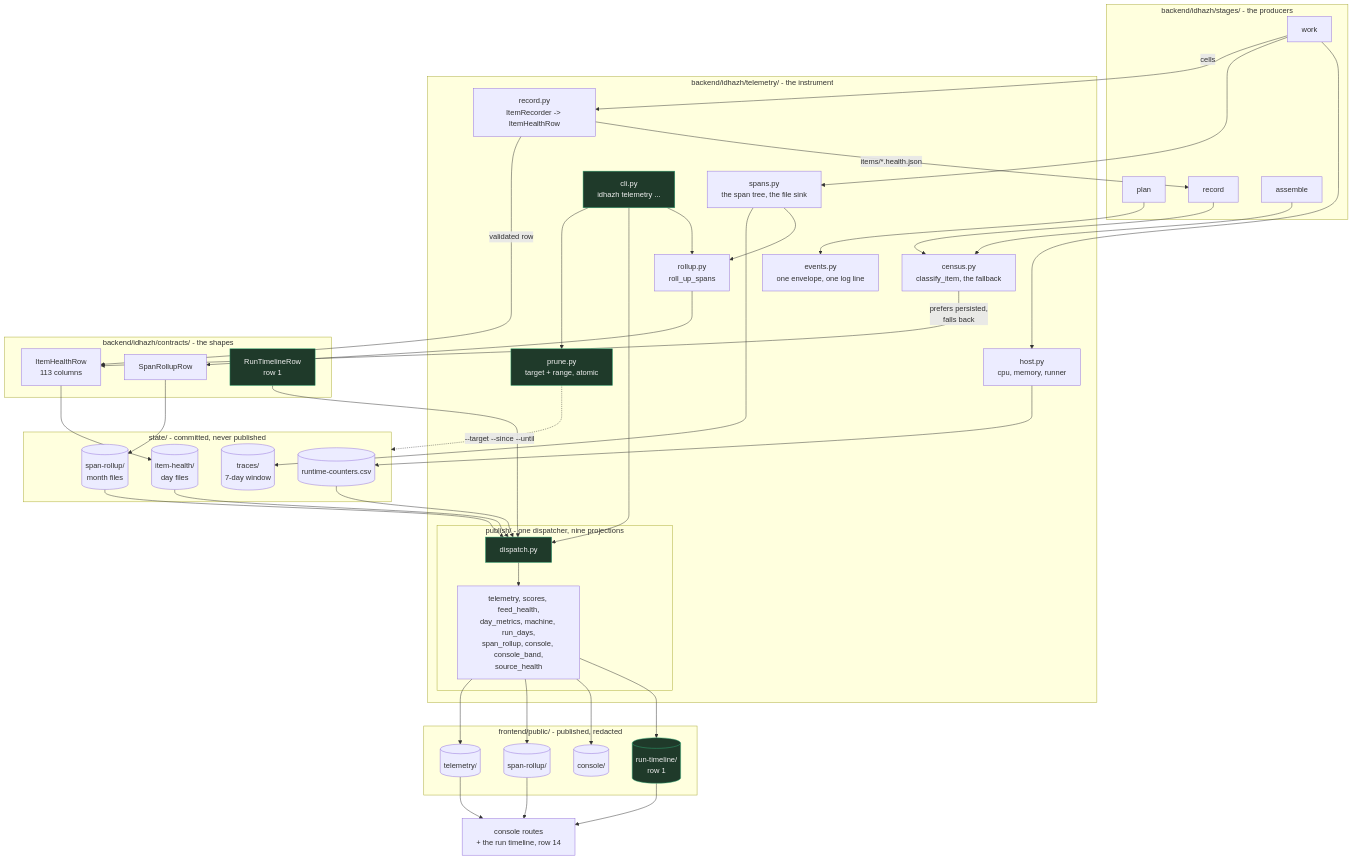
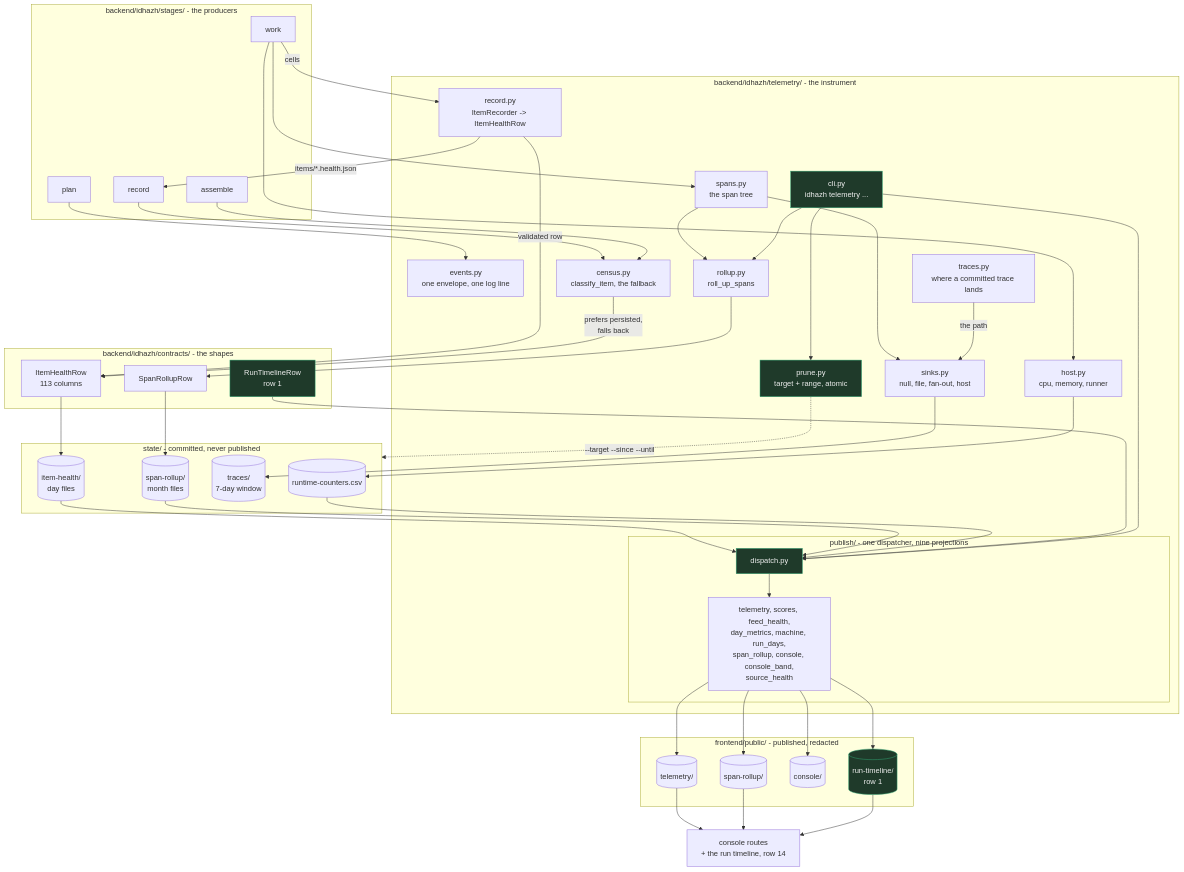
Before and after one commit to miztiik/yen-idhazh: the diagram in TODO/20260915-32-telemetry-package-plan.md, drawn with Mermaid. The commit also changed other lines of this file and 11 other files, not shown here.

````diff
--- a/TODO/20260915-32-telemetry-package-plan.md
+++ b/TODO/20260915-32-telemetry-package-plan.md
@@ -72,74 +72,78 @@
 ```mermaid
 flowchart TB
     subgraph stages["backend/idhazh/stages/ - the producers"]
         plan_s["plan"]
         work_s["work"]
         record_s["record"]
         assemble_s["assemble"]
     end
 
     subgraph tel["backend/idhazh/telemetry/ - the instrument"]
         events["events.py<br/>one envelope, one log line"]
         record_m["record.py<br/>ItemRecorder -> ItemHealthRow"]
         census["census.py<br/>classify_item, the fallback"]
-        spans["spans.py<br/>the span tree, the file sink"]
+        spans["spans.py<br/>the span tree"]
+        sinks["sinks.py<br/>null, file, fan-out, host"]
+        traces_m["traces.py<br/>where a committed trace lands"]
         rollup["rollup.py<br/>roll_up_spans"]
         host["host.py<br/>cpu, memory, runner"]
         prune_m["prune.py<br/>target + range, atomic"]
         cli_m["cli.py<br/>idhazh telemetry ..."]
         subgraph pub["publish/ - one dispatcher, nine projections"]
             dispatch["dispatch.py"]
             proj["telemetry, scores, feed_health,<br/>day_metrics, machine, run_days,<br/>span_rollup, console, console_band,<br/>source_health"]
         end
     end
 
     subgraph contracts["backend/idhazh/contracts/ - the shapes"]
         ihr["ItemHealthRow<br/>113 columns"]
         srr["SpanRollupRow"]
         rtr["RunTimelineRow<br/>row 1"]
     end
 
     subgraph state["state/ - committed, never published"]
         ih[("item-health/<br/>day files")]
         sr[("span-rollup/<br/>month files")]
         tr[("traces/<br/>7-day window")]
         rc[("runtime-counters.csv")]
     end
 
     subgraph public["frontend/public/ - published, redacted"]
         ptel[("telemetry/")]
         pspan[("span-rollup/")]
         pcon[("console/")]
         ptime[("run-timeline/<br/>row 1")]
     end
 
     console["console routes<br/>+ the run timeline, row 14"]
 
     work_s -->|"cells"| record_m
     work_s --> spans
     work_s --> host
     plan_s --> events
     record_m -->|"validated row"| ihr
     record_m -->|"items/*.health.json"| record_s
     record_s --> census
     assemble_s --> census
     census -->|"prefers persisted,<br/>falls back"| ihr
     ihr --> ih
-    spans --> tr
+    spans --> sinks
+    traces_m -->|"the path"| sinks
+    sinks --> tr
     spans --> rollup
     rollup --> srr --> sr
     host --> rc
     ih --> dispatch
     sr --> dispatch
     rc --> dispatch
     rtr --> dispatch
     dispatch --> proj
     proj --> ptel & pspan & pcon & ptime
     ptel & pspan & ptime --> console
     prune_m -.->|"--target --since --until"| state
     cli_m --> prune_m & dispatch & rollup
 
     classDef gone fill:#3a1f1f,stroke:#a33,color:#eee
     classDef new fill:#1f3a2a,stroke:#3a7,color:#eee
     class rtr,ptime,prune_m,cli_m,dispatch new
 ```
````
